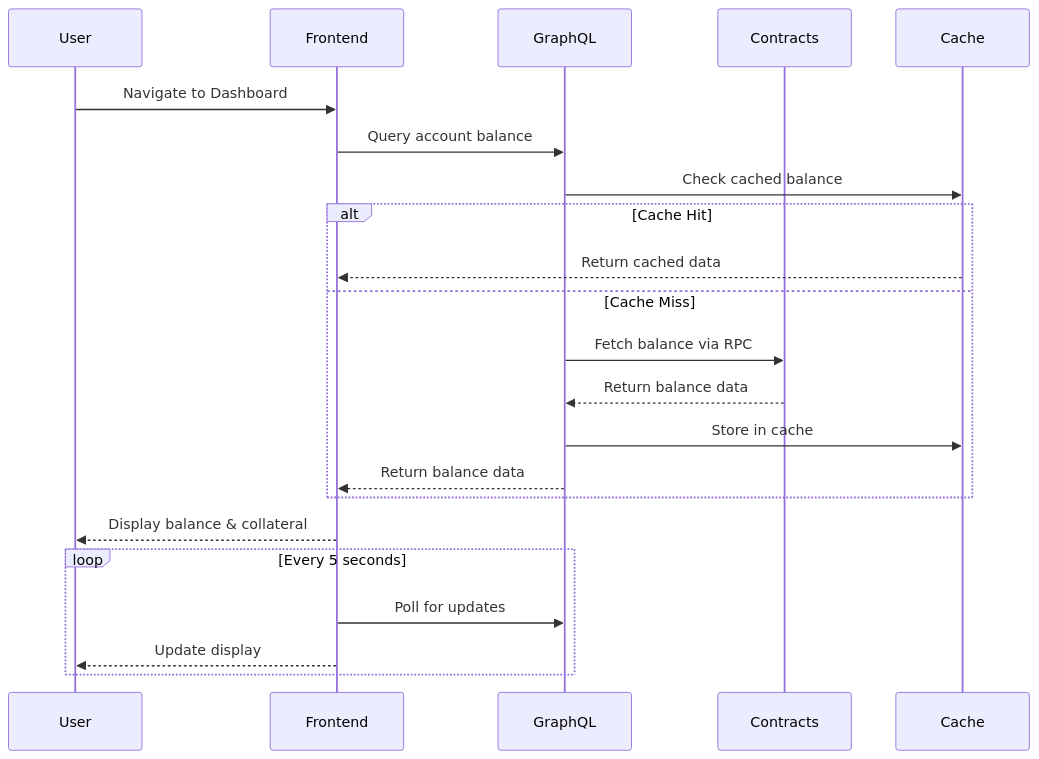
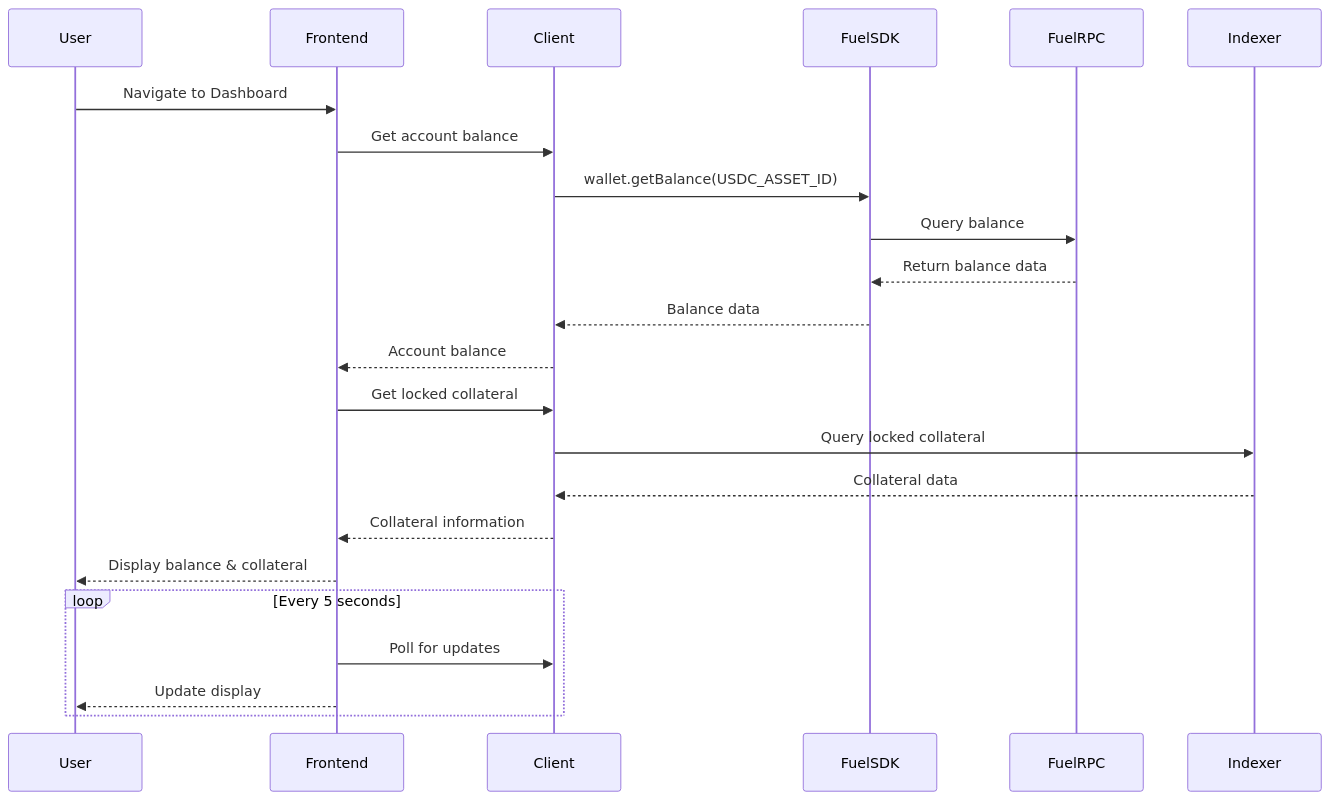
The first of 15 diagrams in project-stories-breakdown-reorganized.md (dydxprotocol/v4-web), drawn with Mermaid before and after one commit. The commit also changed other lines of this file, not shown here.

````diff
--- a/project-stories-breakdown-reorganized.md
+++ b/project-stories-breakdown-reorganized.md
@@ -658,26 +388,28 @@
 ```mermaid
 sequenceDiagram
     participant User
     participant Frontend
-    participant GraphQL
-    participant Contracts
-    participant Cache
+    participant Client
+    participant FuelSDK
+    participant FuelRPC
+    participant Indexer
     
     User->>Frontend: Navigate to Dashboard
-    Frontend->>GraphQL: Query account balance
-    GraphQL->>Cache: Check cached balance
-    alt Cache Hit
-        Cache-->>Frontend: Return cached data
-    else Cache Miss
-        GraphQL->>Contracts: Fetch balance via RPC
-        Contracts-->>GraphQL: Return balance data
-        GraphQL->>Cache: Store in cache
-        GraphQL-->>Frontend: Return balance data
-    end
+    Frontend->>Client: Get account balance
+    Client->>FuelSDK: wallet.getBalance(USDC_ASSET_ID)
+    FuelSDK->>FuelRPC: Query balance
+    FuelRPC-->>FuelSDK: Return balance data
+    FuelSDK-->>Client: Balance data
+    Client-->>Frontend: Account balance
+    
+    Frontend->>Client: Get locked collateral
+    Client->>Indexer: Query locked collateral
+    Indexer-->>Client: Collateral data
+    Client-->>Frontend: Collateral information
     Frontend-->>User: Display balance & collateral
     
     loop Every 5 seconds
-        Frontend->>GraphQL: Poll for updates
+        Frontend->>Client: Poll for updates
         Frontend-->>User: Update display
     end
 ```
````
